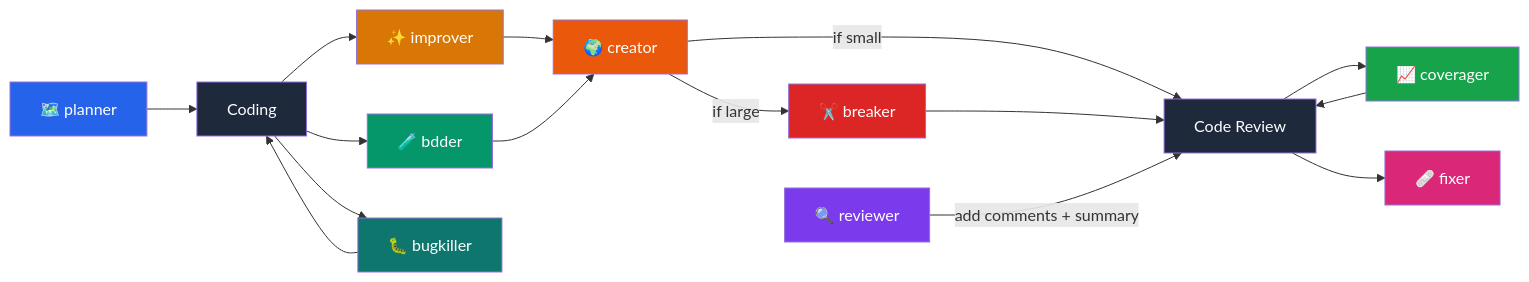
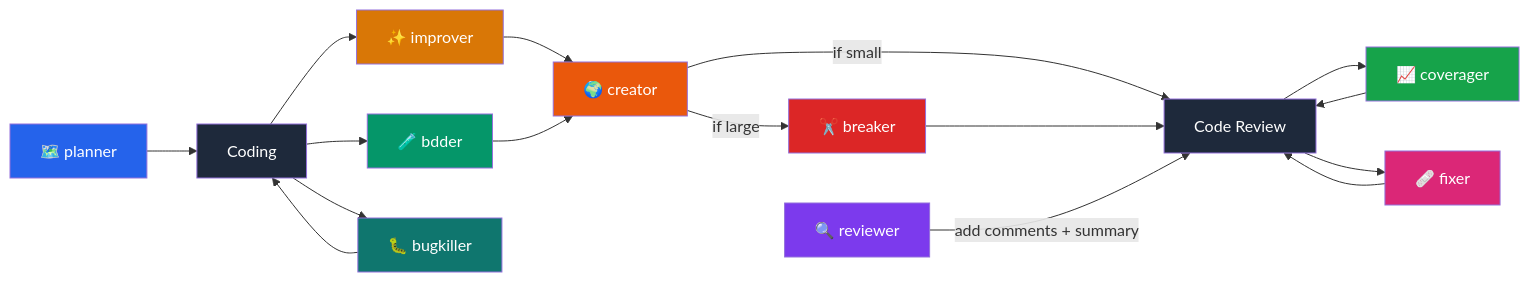
One commit to Victorcorcos/skills changed the diagram in README.md. Above: the diagram before and after it, drawn with Mermaid.

Commit message:
Update mermaid chart

````diff
--- a/README.md
+++ b/README.md
@@ -58,29 +58,30 @@
 ```mermaid
 flowchart LR
     A[🗺️ planner] --> B[Coding]
     B --> C[✨ improver]
     B --> D[🧪 bdder]
     C --> E[🌍 creator]
     D --> E[🌍 creator]
     E -->|if small| F[Code Review]
     E -->|if large| G[✂️ breaker]
     G --> F
     I[🔍 reviewer] -->|add comments + summary| F
     F --> J[📈 coverager]
     J --> F
     F --> H[🩹 fixer]
+    H --> F
     B --> K[🐛 bugkiller]
     K --> B
 
     style A fill:#2563EB,color:#fff
     style C fill:#D97706,color:#fff
     style D fill:#059669,color:#fff
     style E fill:#EA580C,color:#fff
     style F fill:#1e293b,color:#fff
     style G fill:#DC2626,color:#fff
     style H fill:#DB2777,color:#fff
     style I fill:#7C3AED,color:#fff
     style J fill:#16a34a,color:#fff
     style K fill:#0f766e,color:#fff
     style B fill:#1e293b,color:#fff
 ```
````
